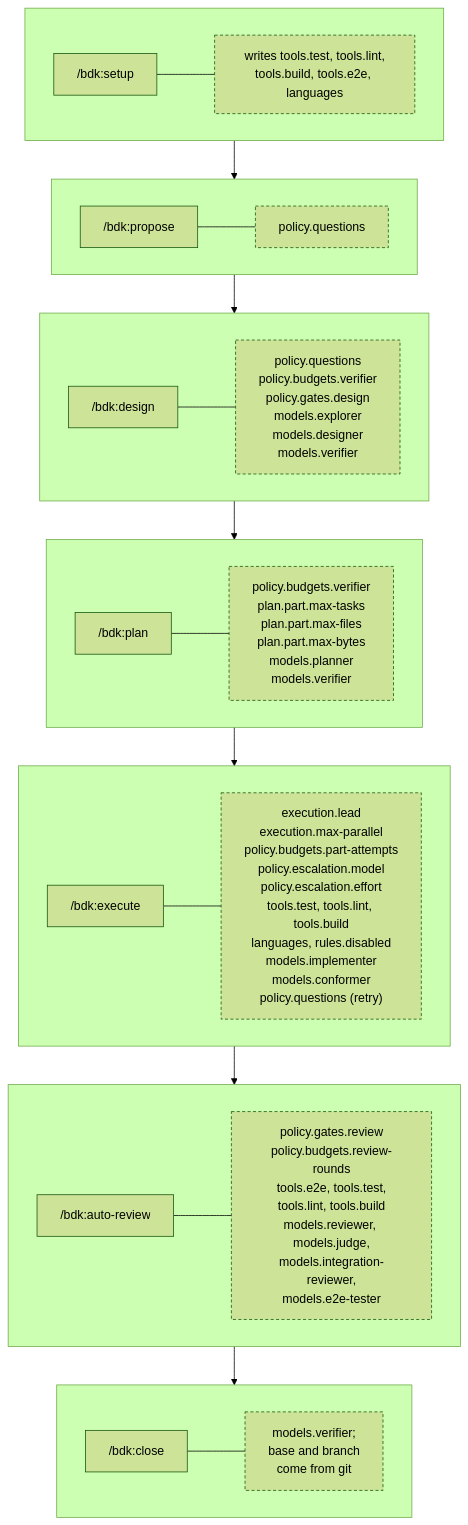
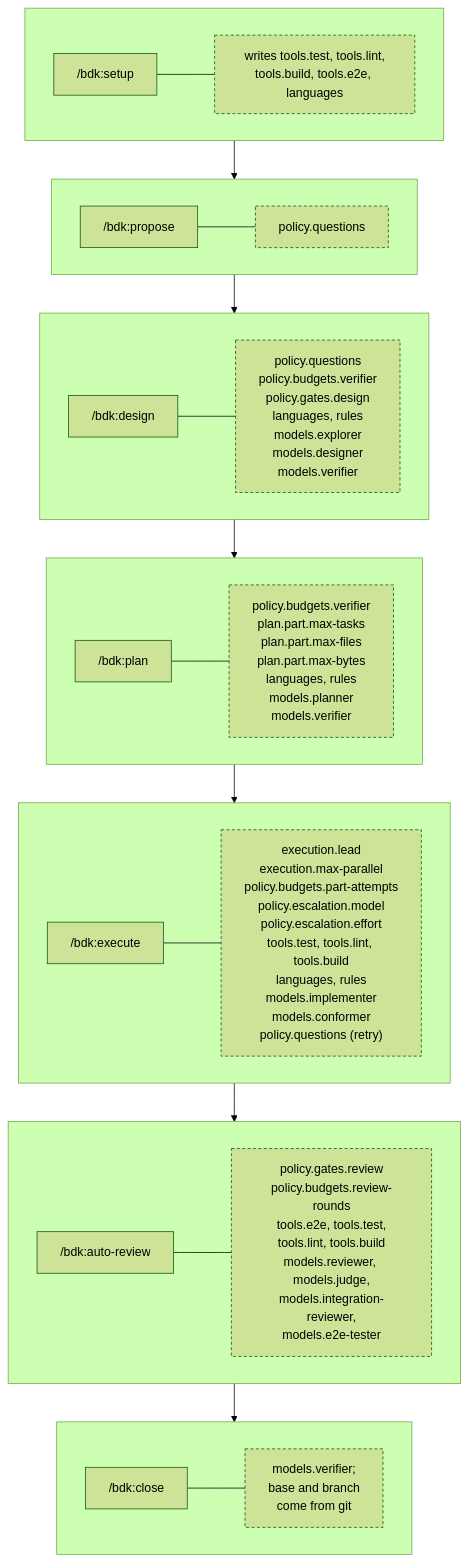
The fourth of 6 diagrams in docs/concepts/cli-config-hooks.md (broneq/bdk), drawn with Mermaid (forest theme) before and after one commit. The commit also changed other lines of this file and 92 other files, not shown here.

First line of the commit message:
feat(bdk)!: project rules in the settings; design and plan rules reach their roles

````diff
--- a/docs/concepts/cli-config-hooks.md
+++ b/docs/concepts/cli-config-hooks.md
@@ -89,39 +89,39 @@
 ```mermaid
 flowchart TB
   subgraph R0[" "]
     direction LR
     S0["/bdk:setup"] --- C0["writes tools.test, tools.lint,<br/>tools.build, tools.e2e, languages"]
   end
   subgraph R1[" "]
     direction LR
     S1["/bdk:propose"] --- C1["policy.questions"]
   end
   subgraph R2[" "]
     direction LR
-    S2["/bdk:design"] --- C2["policy.questions<br/>policy.budgets.verifier<br/>policy.gates.design<br/>models.explorer<br/>models.designer<br/>models.verifier"]
+    S2["/bdk:design"] --- C2["policy.questions<br/>policy.budgets.verifier<br/>policy.gates.design<br/>languages, rules<br/>models.explorer<br/>models.designer<br/>models.verifier"]
   end
   subgraph R3[" "]
     direction LR
-    S3["/bdk:plan"] --- C3["policy.budgets.verifier<br/>plan.part.max-tasks<br/>plan.part.max-files<br/>plan.part.max-bytes<br/>models.planner<br/>models.verifier"]
+    S3["/bdk:plan"] --- C3["policy.budgets.verifier<br/>plan.part.max-tasks<br/>plan.part.max-files<br/>plan.part.max-bytes<br/>languages, rules<br/>models.planner<br/>models.verifier"]
   end
   subgraph R4[" "]
     direction LR
-    S4["/bdk:execute"] --- C4["execution.lead<br/>execution.max-parallel<br/>policy.budgets.part-attempts<br/>policy.escalation.model<br/>policy.escalation.effort<br/>tools.test, tools.lint, tools.build<br/>languages, rules.disabled<br/>models.implementer<br/>models.conformer<br/>policy.questions (retry)"]
+    S4["/bdk:execute"] --- C4["execution.lead<br/>execution.max-parallel<br/>policy.budgets.part-attempts<br/>policy.escalation.model<br/>policy.escalation.effort<br/>tools.test, tools.lint, tools.build<br/>languages, rules<br/>models.implementer<br/>models.conformer<br/>policy.questions (retry)"]
   end
   subgraph R5[" "]
     direction LR
     S5["/bdk:auto-review"] --- C5["policy.gates.review<br/>policy.budgets.review-rounds<br/>tools.e2e, tools.test,<br/>tools.lint, tools.build<br/>models.reviewer, models.judge,<br/>models.integration-reviewer,<br/>models.e2e-tester"]
   end
   subgraph R6[" "]
     direction LR
     S6["/bdk:close"] --- C6["models.verifier;<br/>base and branch<br/>come from git"]
   end
   R0 --> R1
   R1 --> R2
   R2 --> R3
   R3 --> R4
   R4 --> R5
   R5 --> R6
   classDef aside stroke-dasharray:4 3
   class C0,C1,C2,C3,C4,C5,C6 aside
 ```
````
